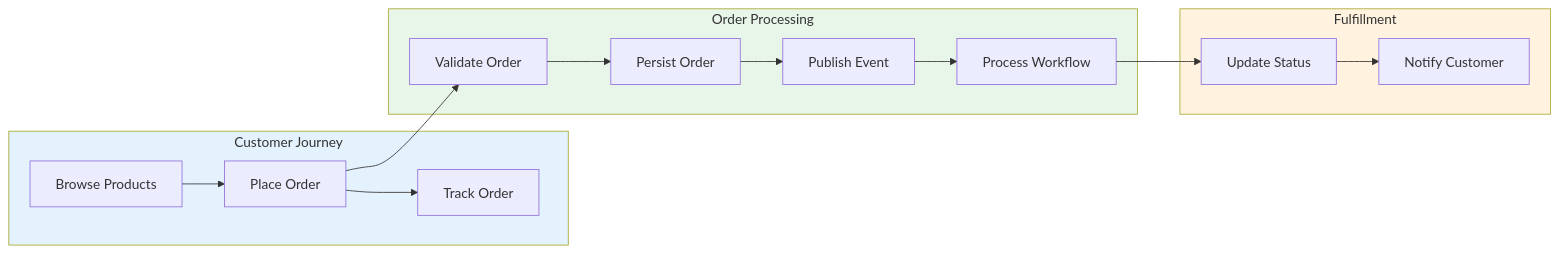
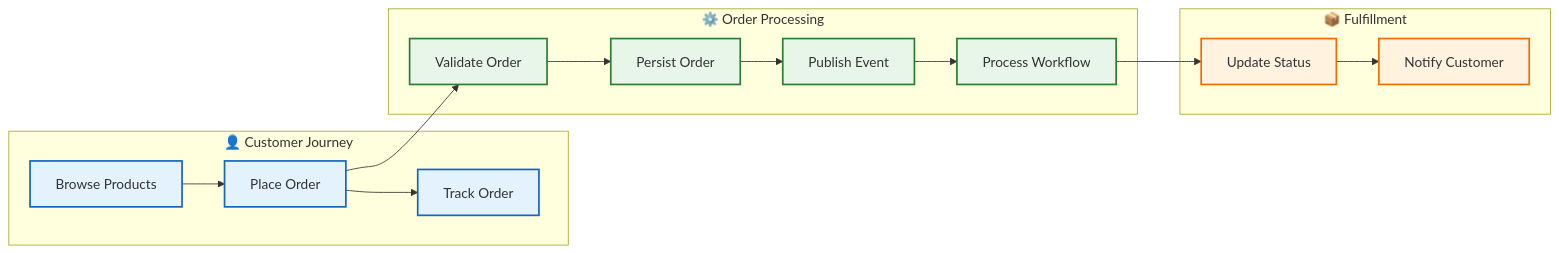
Before and after one commit to Evilazaro/Azure-LogicApps-Monitoring: the second of 3 diagrams in docs/architecture/01-business-architecture.md, drawn with Mermaid. The commit also changed other lines of this file, not shown here.

Commit message:
Enhance business architecture documentation with improved flowchart representations and detailed observability value stream, including clearer definitions and classifications for customer journey, order processing, and fulfillment processes.

````diff
--- a/docs/architecture/01-business-architecture.md
+++ b/docs/architecture/01-business-architecture.md
@@ -111,24 +111,28 @@
 ```mermaid
 flowchart LR
-    subgraph Customer["Customer Journey"]
-        A[Browse Products] --> B[Place Order]
-        B --> C[Track Order]
+    subgraph Customer["👤 Customer Journey"]
+        A["Browse Products"] --> B["Place Order"]
+        B --> C["Track Order"]
     end
     
-    subgraph Processing["Order Processing"]
-        D[Validate Order] --> E[Persist Order]
-        E --> F[Publish Event]
-        F --> G[Process Workflow]
+    subgraph Processing["⚙️ Order Processing"]
+        D["Validate Order"] --> E["Persist Order"]
+        E --> F["Publish Event"]
+        F --> G["Process Workflow"]
     end
     
-    subgraph Fulfillment["Fulfillment"]
-        H[Update Status] --> I[Notify Customer]
+    subgraph Fulfillment["📦 Fulfillment"]
+        H["Update Status"] --> I["Notify Customer"]
     end
     
     B --> D
     G --> H
     
-    style Customer fill:#e3f2fd
-    style Processing fill:#e8f5e9
-    style Fulfillment fill:#fff3e0
+    classDef customer fill:#e3f2fd,stroke:#1565c0,stroke-width:2px
+    classDef process fill:#e8f5e9,stroke:#2e7d32,stroke-width:2px
+    classDef fulfill fill:#fff3e0,stroke:#ef6c00,stroke-width:2px
+
+    class A,B,C customer
+    class D,E,F,G process
+    class H,I fulfill
 ```
````
